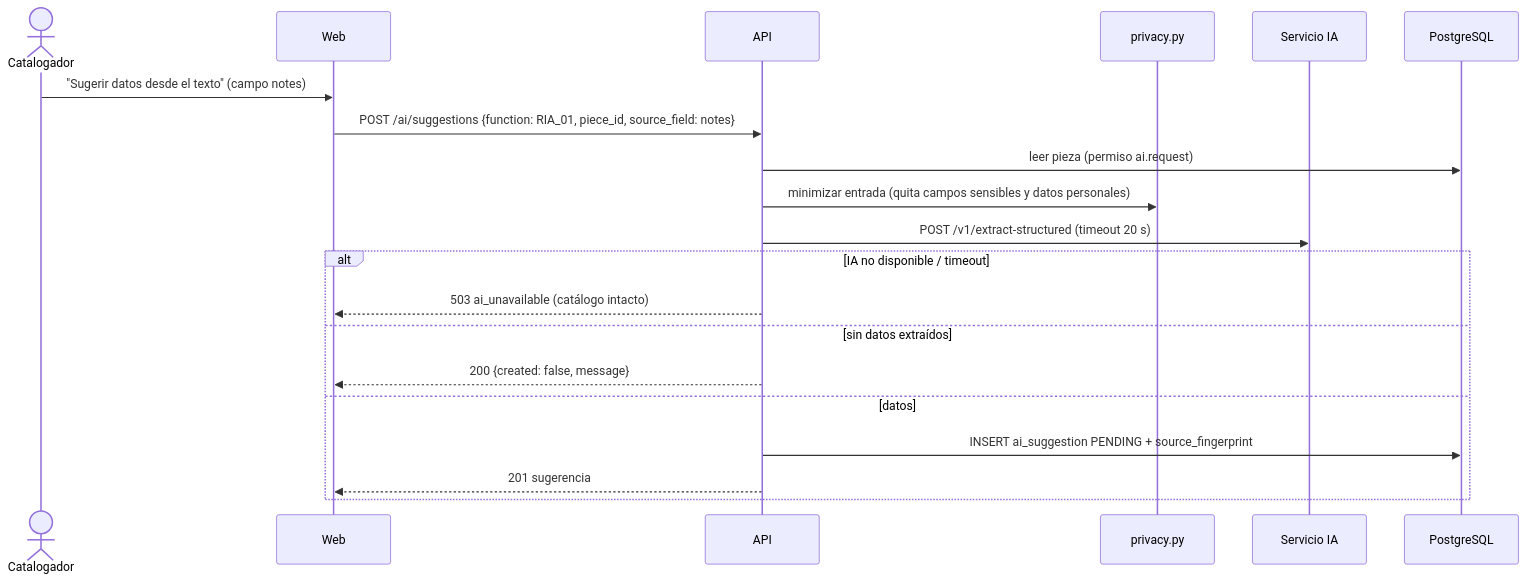
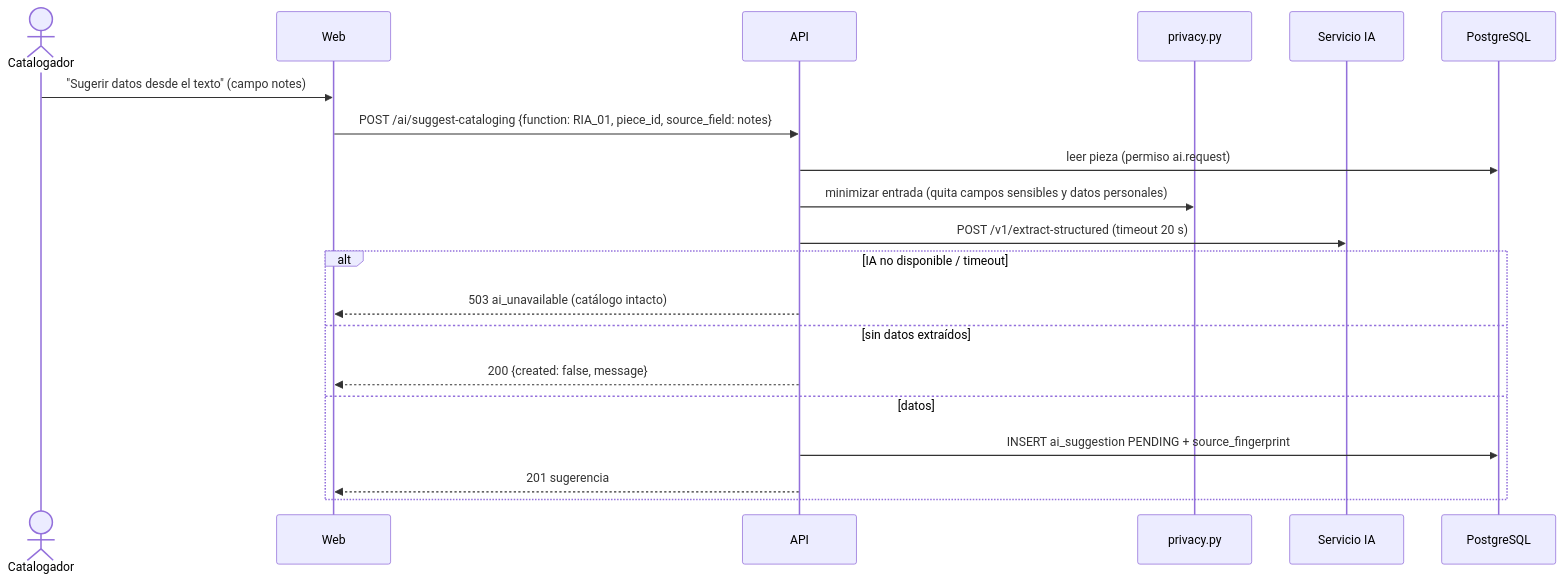
The diagram in openspec/changes/ia-extraccion-texto-libre/design.md (AndreAsenjo18/MATP-PUCP), drawn with Mermaid before and after one commit. The commit also changed 23 other files, not shown here.

````diff
--- a/openspec/changes/ia-extraccion-texto-libre/design.md
+++ b/openspec/changes/ia-extraccion-texto-libre/design.md
@@ -22,22 +22,22 @@
 ```mermaid
 sequenceDiagram
     actor C as Catalogador
     participant W as Web
     participant A as API
     participant P as privacy.py
     participant I as Servicio IA
     participant DB as PostgreSQL
     C->>W: "Sugerir datos desde el texto" (campo notes)
-    W->>A: POST /ai/suggestions {function: RIA_01, piece_id, source_field: notes}
+    W->>A: POST /ai/suggest-cataloging {function: RIA_01, piece_id, source_field: notes}
     A->>DB: leer pieza (permiso ai.request)
     A->>P: minimizar entrada (quita campos sensibles y datos personales)
     A->>I: POST /v1/extract-structured (timeout 20 s)
     alt IA no disponible / timeout
         A-->>W: 503 ai_unavailable (catálogo intacto)
     else sin datos extraídos
         A-->>W: 200 {created: false, message}
     else datos
         A->>DB: INSERT ai_suggestion PENDING + source_fingerprint
         A-->>W: 201 sugerencia
     end
 ```
````
